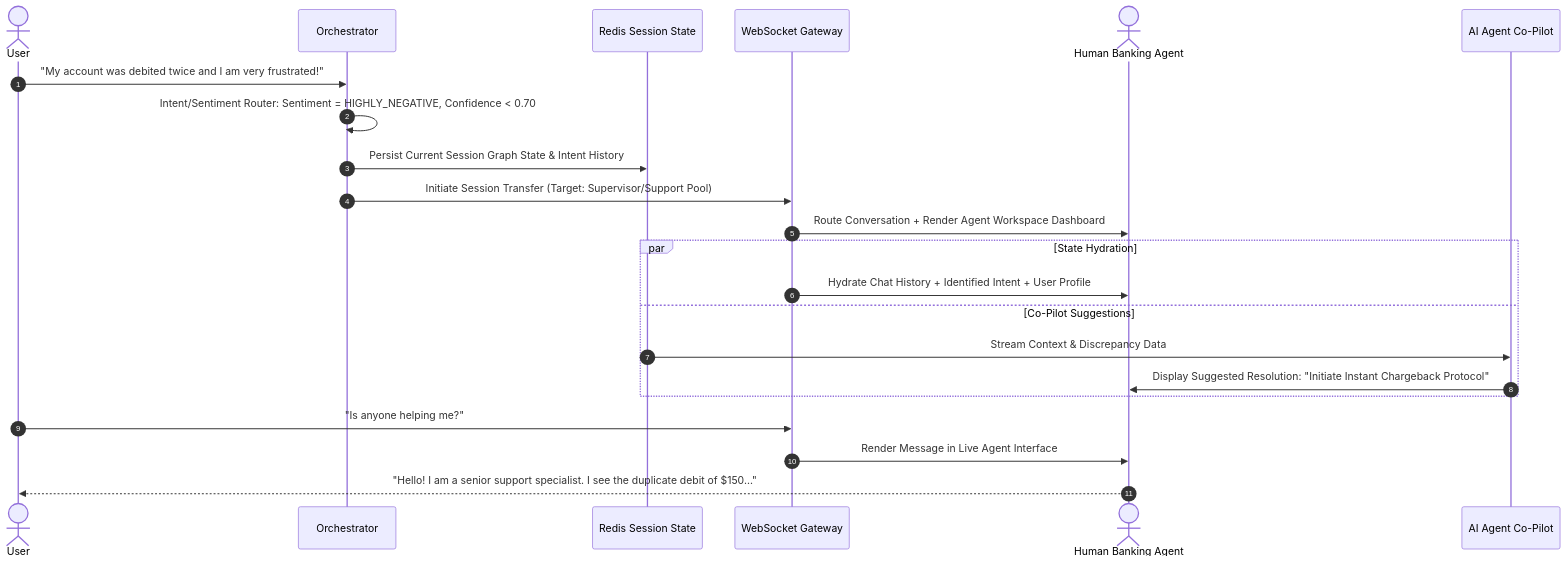
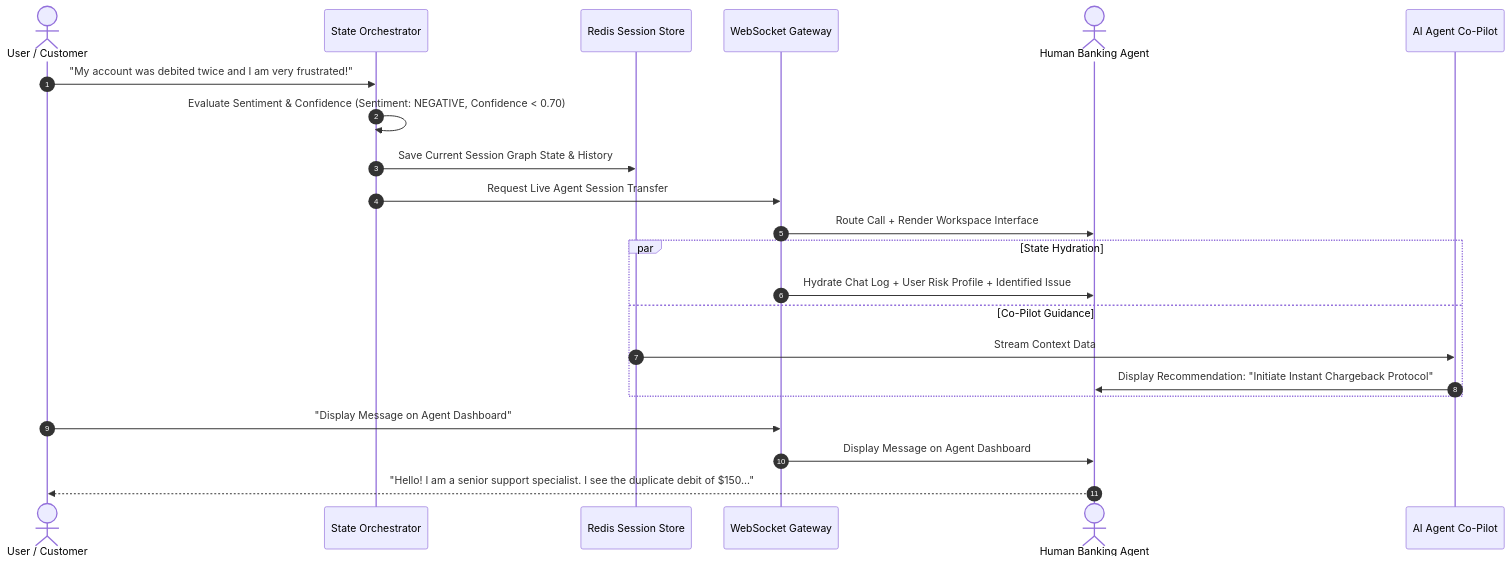
The ninth of 11 diagrams in GenAI/Design/banking-conversational-assistant-hld-lld-gemini.md (builtbycode/interview_prep), drawn with Mermaid before and after one commit. The commit also changed other lines of this file, not shown here.

````diff
--- a/GenAI/Design/banking-conversational-assistant-hld-lld-gemini.md
+++ b/GenAI/Design/banking-conversational-assistant-hld-lld-gemini.md
@@ -385,27 +443,27 @@
 ```mermaid
 sequenceDiagram
     autonumber
-    actor U as User
-    participant O as Orchestrator
-    participant State as Redis Session State
+    actor User as User / Customer
+    participant Orch as State Orchestrator
+    participant State as Redis Session Store
     participant WS as WebSocket Gateway
     actor Agent as Human Banking Agent
     participant CoPilot as AI Agent Co-Pilot
 
-    U->>O: "My account was debited twice and I am very frustrated!"
-    O->>O: Intent/Sentiment Router: Sentiment = HIGHLY_NEGATIVE, Confidence < 0.70
-    O->>State: Persist Current Session Graph State & Intent History
-    O->>WS: Initiate Session Transfer (Target: Supervisor/Support Pool)
-    WS->>Agent: Route Conversation + Render Agent Workspace Dashboard
+    User->>Orch: "My account was debited twice and I am very frustrated!"
+    Orch->>Orch: Evaluate Sentiment & Confidence (Sentiment: NEGATIVE, Confidence < 0.70)
+    Orch->>State: Save Current Session Graph State & History
+    Orch->>WS: Request Live Agent Session Transfer
+    WS->>Agent: Route Call + Render Workspace Interface
     
     par State Hydration
-        WS->>Agent: Hydrate Chat History + Identified Intent + User Profile
-    and Co-Pilot Suggestions
-        State->>CoPilot: Stream Context & Discrepancy Data
-        CoPilot->>Agent: Display Suggested Resolution: "Initiate Instant Chargeback Protocol"
+        WS->>Agent: Hydrate Chat Log + User Risk Profile + Identified Issue
+    and Co-Pilot Guidance
+        State->>CoPilot: Stream Context Data
+        CoPilot->>Agent: Display Recommendation: "Initiate Instant Chargeback Protocol"
     end
     
-    U->>WS: "Is anyone helping me?"
-    WS->>Agent: Render Message in Live Agent Interface
-    Agent-->>U: "Hello! I am a senior support specialist. I see the duplicate debit of $150..."
+    User->>WS: "Display Message on Agent Dashboard"
+    WS->>Agent: Display Message on Agent Dashboard
+    Agent-->>User: "Hello! I am a senior support specialist. I see the duplicate debit of $150..."
 ```
````
